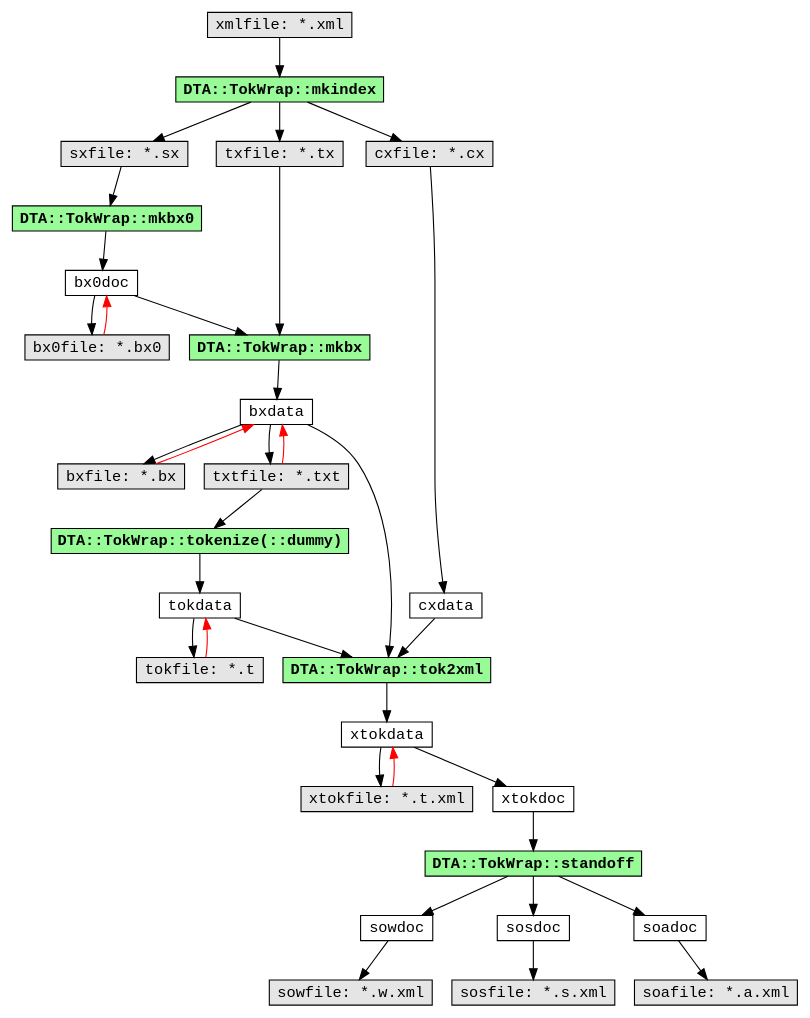
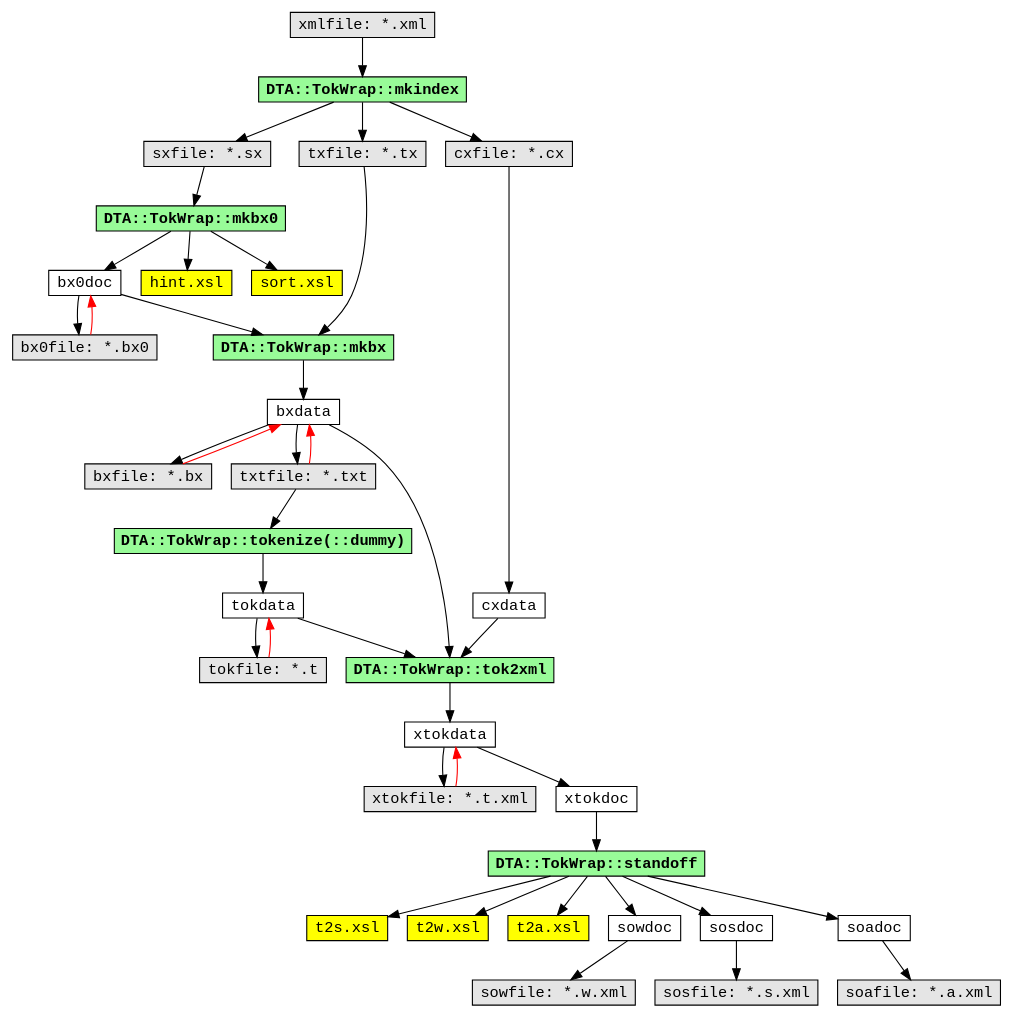
Before and after one commit to moocow-the-bovine/dta-tokwrap: the diagram in doc/dataflow-perl.dot, drawn with Graphviz. The commit also changed 1 other file, not shown here.

```diff
--- a/doc/dataflow-perl.dot
+++ b/doc/dataflow-perl.dot
@@ -1,89 +1,101 @@
 /* -*- Mode: C -*- */
 digraph dataflow {
   node [shape=rectangle,height=0.25,fontname="Courier"];
   edge [decorate=0,fontname="Courier"];
 
   xml [label="xmlfile: *.xml",shape=rectangle,style=filled,fillcolor=grey90];
 
   mkindex [label="DTA::TokWrap::mkindex",shape=rectangle,style=filled,fillcolor=PaleGreen,fontname="Courier-Bold"];
   xml -> mkindex;
 
   sxfile [label="sxfile: *.sx",shape=rectangle,style=filled,fillcolor=grey90];
   txfile [label="txfile: *.tx",shape=rectangle,style=filled,fillcolor=grey90];
   cxfile [label="cxfile: *.cx",shape=rectangle,style=filled,fillcolor=grey90];
   mkindex -> cxfile;
   mkindex -> sxfile;
   mkindex -> txfile;
   {rank=same; cxfile sxfile txfile}
 
   cxdata [label="cxdata"];
   cxfile -> cxdata;
 
   bx0doc [label="bx0doc"];
   mkbx0 [label="DTA::TokWrap::mkbx0",shape=rectangle,style=filled,fillcolor=PaleGreen,fontname="Courier-Bold"];
   sxfile -> mkbx0;
   mkbx0 -> bx0doc;
 
+  hint_xsl [label="hint.xsl",shape=rectangle,style=filled,fillcolor=yellow];
+  sort_xsl [label="sort.xsl",shape=rectangle,style=filled,fillcolor=yellow];
+  mkbx0 -> hint_xsl;
+  mkbx0 -> sort_xsl;
+  
   bx0file [label="bx0file: *.bx0",shape=rectangle,style=filled,fillcolor=grey90];
   bx0doc -> bx0file;
   bx0file -> bx0doc [color=red];
 
   bxdata [label="bxdata"];
   mkbx [label="DTA::TokWrap::mkbx",shape=rectangle,style=filled,fillcolor=PaleGreen,fontname="Courier-Bold"];
   bx0doc -> mkbx;
   txfile -> mkbx;
   mkbx -> bxdata;
   //{rank=same; bxdata txtfile;}
   //{rank=same; mkbx bxfile;}
 
   bxfile [label="bxfile: *.bx",shape=rectangle,style=filled,fillcolor=grey90];
   txtfile [label="txtfile: *.txt",shape=rectangle,style=filled,fillcolor=grey90];
   bxdata -> bxfile;
   bxdata -> txtfile;
   bxfile -> bxdata [color=red];
   txtfile -> bxdata [color=red];
   //{rank=same; bxfile txtfile}
 
   tokdata [label="tokdata"];
   tokenize [label="DTA::TokWrap::tokenize(::dummy)",shape=rectangle,style=filled,fillcolor=PaleGreen,fontname="Courier-Bold",justify="left"];
   txtfile -> tokenize;
   tokenize -> tokdata;
 
   tokfile [label="tokfile: *.t",shape=rectangle,style=filled,fillcolor=grey90];
   tokdata -> tokfile;
   tokfile -> tokdata [color=red];
   //{rank=same; tokdata tokfile;}
 
   xtokdata [label="xtokdata"];
   xtokfile [label="xtokfile: *.t.xml",shape=rectangle,style=filled,fillcolor=grey90];
   xtokdoc  [label="xtokdoc"];
   xtokdata -> xtokfile;
   xtokfile -> xtokdata [color=red];
   xtokdata -> xtokdoc;
   //{rank=same; xtokdata xtokfile;}
 
   tok2xml [label="DTA::TokWrap::tok2xml",shape=rectangle,style=filled,fillcolor=PaleGreen,fontname="Courier-Bold"];
   tokdata -> tok2xml;
   bxdata  -> tok2xml;
   cxdata  -> tok2xml;
   tok2xml -> xtokdata;
   {rank=same; cxdata tokdata};
 
   standoff [label="DTA::TokWrap::standoff",shape=rectangle,style=filled,fillcolor=PaleGreen,fontname="Courier-Bold"];
   xtokdoc -> standoff;
 
+  t2s_xsl [label="t2s.xsl",shape=rectangle,style=filled,fillcolor=yellow];
+  t2w_xsl [label="t2w.xsl",shape=rectangle,style=filled,fillcolor=yellow];
+  t2a_xsl [label="t2a.xsl",shape=rectangle,style=filled,fillcolor=yellow];
+  standoff -> t2s_xsl;
+  standoff -> t2w_xsl;
+  standoff -> t2a_xsl;
+
   sowdoc [label="sowdoc"];
   standoff -> sowdoc;
   sowfile [label="sowfile: *.w.xml",shape=rectangle,style=filled,fillcolor=grey90];
   sowdoc -> sowfile;
   
   sosdoc [label="sosdoc"];
   standoff -> sosdoc;
   sosfile [label="sosfile: *.s.xml",shape=rectangle,style=filled,fillcolor=grey90];
   sosdoc -> sosfile;
 
   soadoc [label="soadoc"];
   standoff -> soadoc;
   soafile [label="soafile: *.a.xml",shape=rectangle,style=filled,fillcolor=grey90];
   soadoc -> soafile;
 }
```
